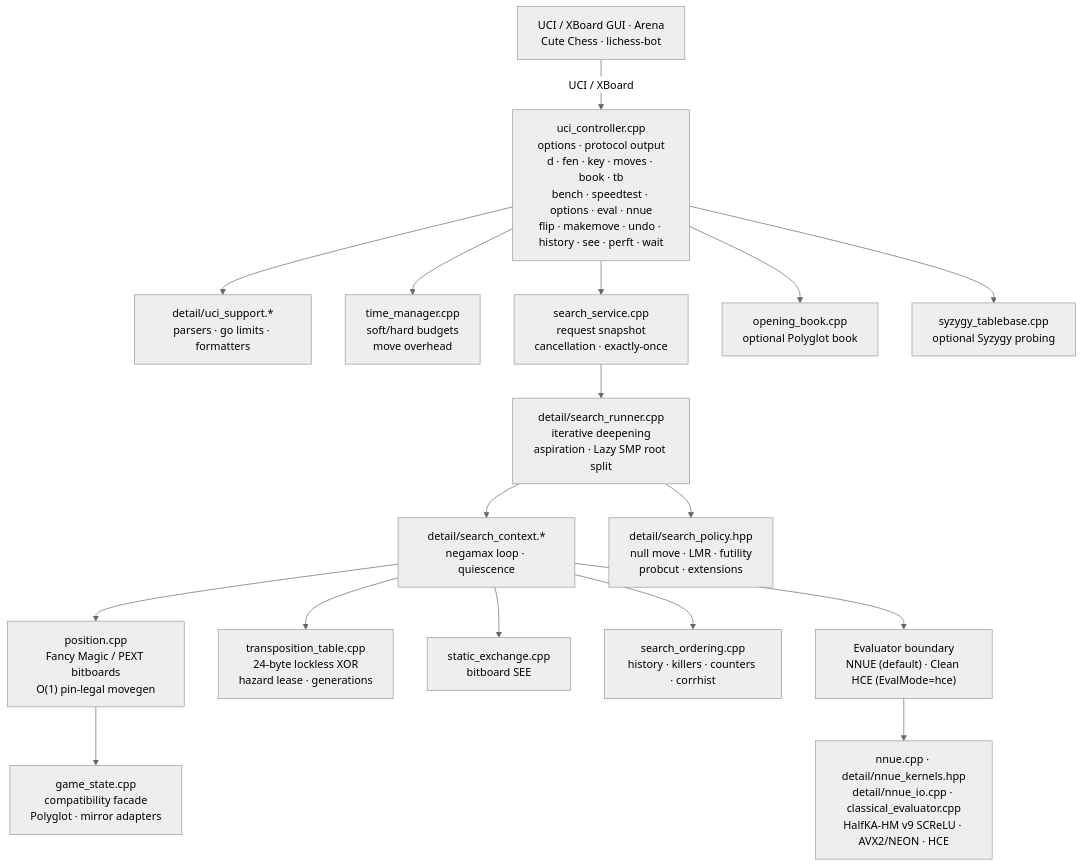
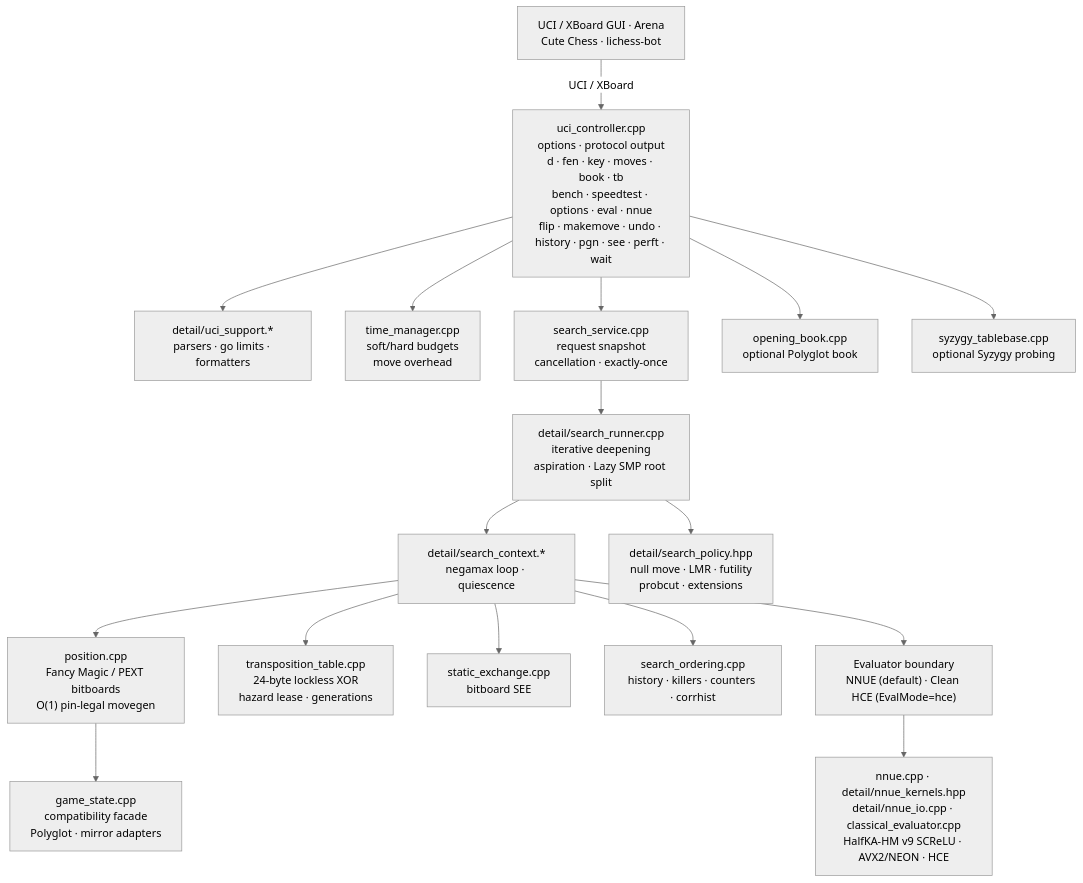
One commit to nhatquang1701/Koi changed the diagram in docs/ARCHITECTURE.md. Above: the diagram before and after it, drawn with Mermaid (neutral theme). The commit also changed other lines of this file and 7 other files, not shown here.

````diff
--- a/docs/ARCHITECTURE.md
+++ b/docs/ARCHITECTURE.md
@@ -7,20 +7,20 @@
 ```mermaid
 flowchart TD
     GUI["UCI / XBoard GUI · Arena<br/>Cute Chess · lichess-bot"] -- "UCI / XBoard" --> UCI
-    UCI["uci_controller.cpp<br/>options · protocol output<br/>d · fen · key · moves · book · tb<br/>bench · speedtest · options · eval · nnue<br/>flip · makemove · undo · history · see · perft · wait"]
+    UCI["uci_controller.cpp<br/>options · protocol output<br/>d · fen · key · moves · book · tb<br/>bench · speedtest · options · eval · nnue<br/>flip · makemove · undo · history · pgn · see · perft · wait"]
     UCI --> UCISUPPORT["detail/uci_support.*<br/>parsers · go limits · formatters"]
     UCI --> TIME["time_manager.cpp<br/>soft/hard budgets<br/>move overhead"]
     UCI --> SERVICE["search_service.cpp<br/>request snapshot<br/>cancellation · exactly-once"]
     SERVICE --> RUNNER["detail/search_runner.cpp<br/>iterative deepening<br/>aspiration · Lazy SMP root split"]
     RUNNER --> CONTEXT["detail/search_context.*<br/>negamax loop · quiescence"]
     RUNNER --> POLICY["detail/search_policy.hpp<br/>null move · LMR · futility<br/>probcut · extensions"]
     CONTEXT --> POSITION["position.cpp<br/>Fancy Magic / PEXT bitboards<br/>O(1) pin-legal movegen"]
     POSITION --> STATE["game_state.cpp<br/>compatibility facade<br/>Polyglot · mirror adapters"]
     CONTEXT --> TT["transposition_table.cpp<br/>24-byte lockless XOR<br/>hazard lease · generations"]
     CONTEXT --> SEE["static_exchange.cpp<br/>bitboard SEE"]
     CONTEXT --> ORDER["search_ordering.cpp<br/>history · killers · counters · corrhist"]
     CONTEXT --> EVAL["Evaluator boundary<br/>NNUE (default) · Clean HCE (EvalMode=hce)"]
     EVAL --> NNUE["nnue.cpp · detail/nnue_kernels.hpp<br/>detail/nnue_io.cpp · classical_evaluator.cpp<br/>HalfKA-HM v9 SCReLU · AVX2/NEON · HCE"]
     UCI --> BOOK["opening_book.cpp<br/>optional Polyglot book"]
     UCI --> TB["syzygy_tablebase.cpp<br/>optional Syzygy probing"]
 ```
````
